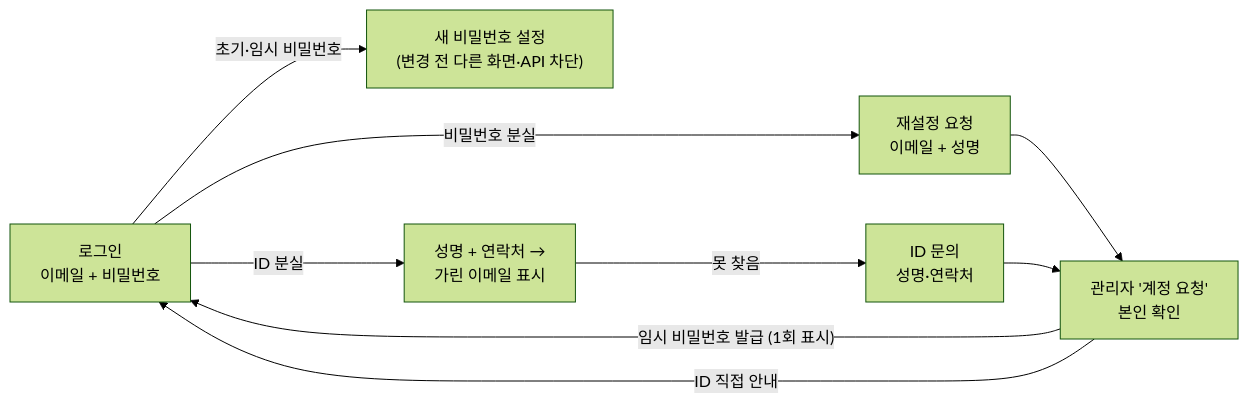
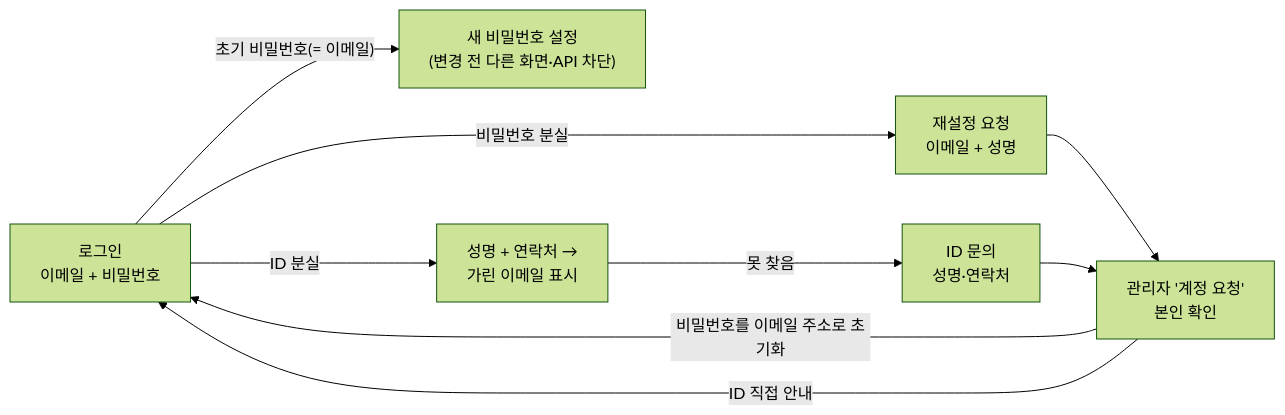
Before and after one commit to toddkim-rgb/BT_HRM: the second of 14 diagrams in SM_SI_인력관리시스템_명세서.md, drawn with Mermaid (forest theme). The commit also changed other lines of this file and 11 other files, not shown here.

First line of the commit message:
로그인 아이디·초기 비밀번호를 이메일 주소로 통일, 관리자 초기 아이디 변경

````diff
--- a/SM_SI_인력관리시스템_명세서.md
+++ b/SM_SI_인력관리시스템_명세서.md
@@ -123,11 +123,11 @@
 ```mermaid
 flowchart LR
-  L["로그인<br/>이메일 + 비밀번호"] -->|"초기·임시 비밀번호"| C["새 비밀번호 설정<br/>(변경 전 다른 화면·API 차단)"]
+  L["로그인<br/>이메일 + 비밀번호"] -->|"초기 비밀번호(= 이메일)"| C["새 비밀번호 설정<br/>(변경 전 다른 화면·API 차단)"]
   L -->|"비밀번호 분실"| R["재설정 요청<br/>이메일 + 성명"]
   L -->|"ID 분실"| I["성명 + 연락처 →<br/>가린 이메일 표시"]
   I -->|"못 찾음"| Q["ID 문의<br/>성명·연락처"]
   R --> A["관리자 '계정 요청'<br/>본인 확인"]
   Q --> A
-  A -->|"임시 비밀번호 발급 (1회 표시)"| L
+  A -->|"비밀번호를 이메일 주소로 초기화"| L
   A -->|"ID 직접 안내"| L
 ```
````
